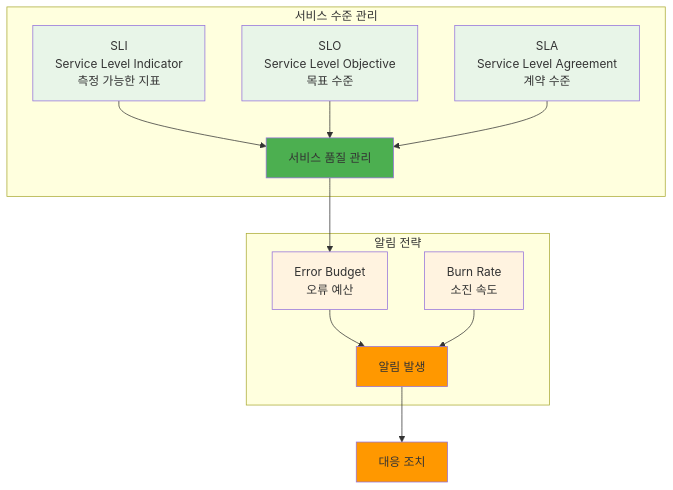
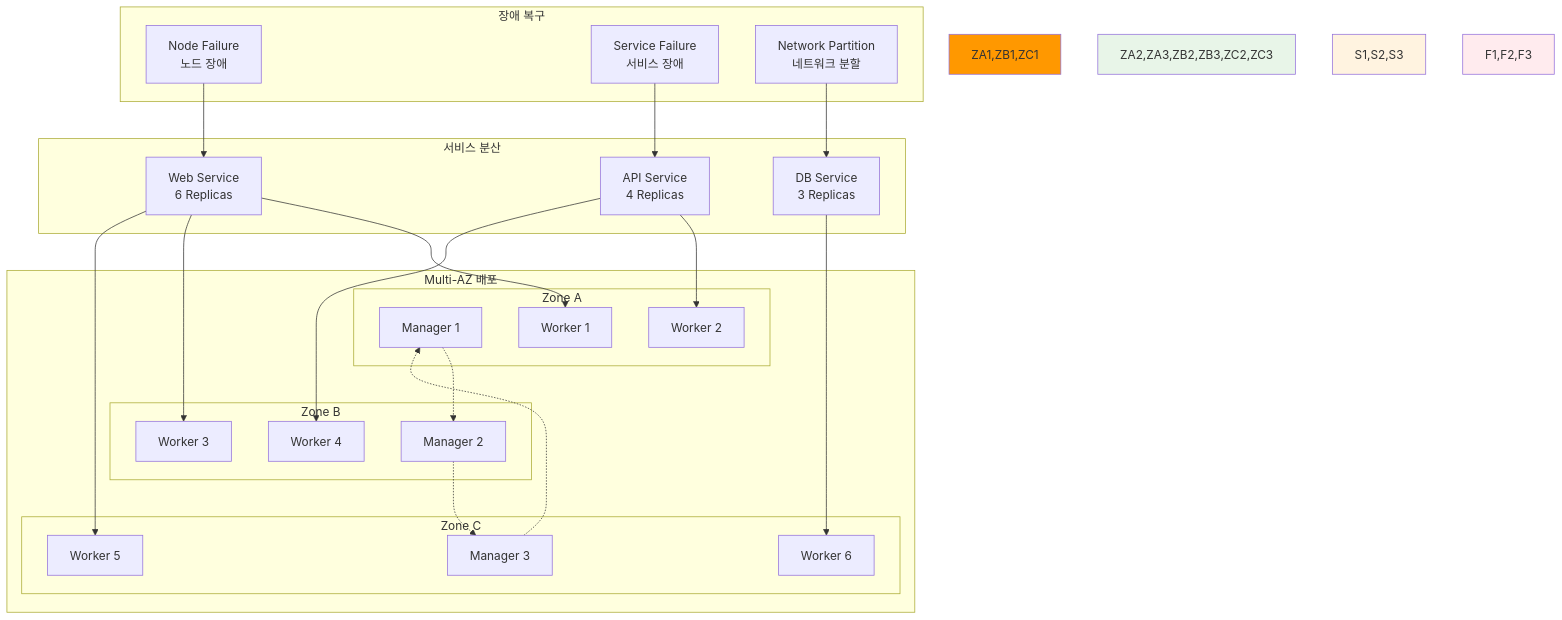
Before and after one commit to niceguy61/kdt_devops_lecture_2025: the fourth of 4 diagrams in theory/week_02/day3/session_3.md, drawn with Mermaid. The commit also changed other lines of this file and 70 other files, not shown here.

````diff
--- a/theory/week_02/day3/session_3.md
+++ b/theory/week_02/day3/session_3.md
@@ -122,25 +221,54 @@
 ```mermaid
 graph TB
-    subgraph "서비스 수준 관리"
-        A[SLI<br/>Service Level Indicator<br/>측정 가능한 지표] --> D[서비스 품질 관리]
-        B[SLO<br/>Service Level Objective<br/>목표 수준] --> D
-        C[SLA<br/>Service Level Agreement<br/>계약 수준] --> D
+    subgraph "Multi-AZ 배포"
+        subgraph "Zone A"
+            ZA1[Manager 1]
+            ZA2[Worker 1]
+            ZA3[Worker 2]
+        end
+        
+        subgraph "Zone B"
+            ZB1[Manager 2]
+            ZB2[Worker 3]
+            ZB3[Worker 4]
+        end
+        
+        subgraph "Zone C"
+            ZC1[Manager 3]
+            ZC2[Worker 5]
+            ZC3[Worker 6]
+        end
     end
     
-    subgraph "알림 전략"
-        E[Error Budget<br/>오류 예산] --> F[알림 발생]
-        G[Burn Rate<br/>소진 속도] --> F
+    subgraph "서비스 분산"
+        S1[Web Service<br/>6 Replicas]
+        S2[API Service<br/>4 Replicas]
+        S3[DB Service<br/>3 Replicas]
     end
     
-    D --> E
-    F --> H[대응 조치]
+    subgraph "장애 복구"
+        F1[Node Failure<br/>노드 장애]
+        F2[Service Failure<br/>서비스 장애]
+        F3[Network Partition<br/>네트워크 분할]
+    end
     
-    style A fill:#e8f5e8
-    style B fill:#e8f5e8
-    style C fill:#e8f5e8
-    style D fill:#4caf50
-    style E fill:#fff3e0
-    style F fill:#ff9800
-    style G fill:#fff3e0
-    style H fill:#ff9800
+    ZA1 -.-> ZB1
+    ZB1 -.-> ZC1
+    ZC1 -.-> ZA1
+    
+    S1 --> ZA2
+    S1 --> ZB2
+    S1 --> ZC2
+    S2 --> ZA3
+    S2 --> ZB3
+    S3 --> ZC3
+    
+    F1 --> S1
+    F2 --> S2
+    F3 --> S3
+    
+    style ZA1,ZB1,ZC1 fill:#ff9800
+    style ZA2,ZA3,ZB2,ZB3,ZC2,ZC3 fill:#e8f5e8
+    style S1,S2,S3 fill:#fff3e0
+    style F1,F2,F3 fill:#ffebee
 ```
````
